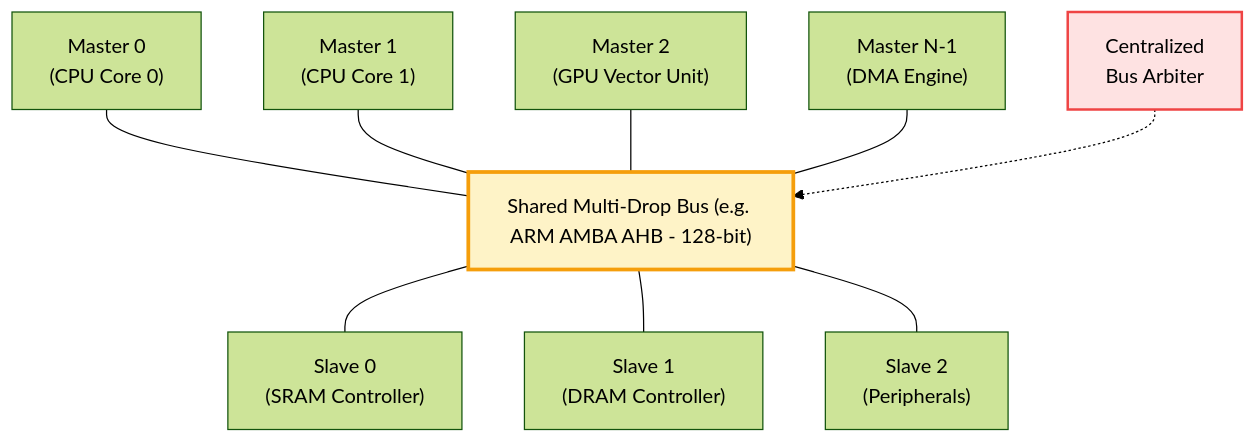
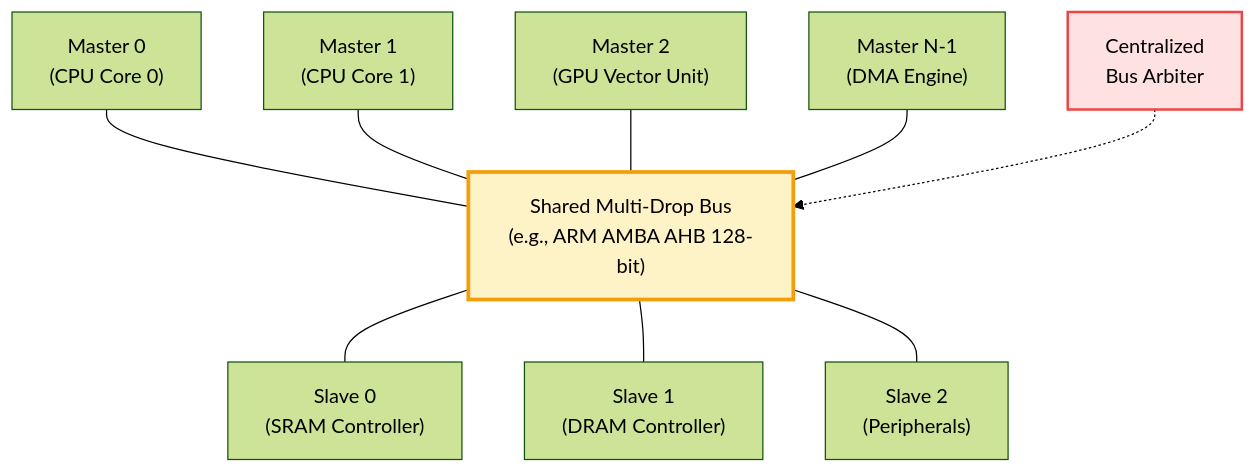
Before and after one commit to network-on-chip/learning: the first of 3 diagrams in docs/textbook/ch01-interconnect-crisis/index.md, drawn with Mermaid (forest theme). The commit also changed other lines of this file and 15 other files, not shown here.

Commit message:
docs: clean repository paths and wrap Mermaid flowchart node labels

````diff
--- a/docs/textbook/ch01-interconnect-crisis/index.md
+++ b/docs/textbook/ch01-interconnect-crisis/index.md
@@ -48,14 +48,14 @@
 ```mermaid
 graph TD
-  Core0["Master 0<br/>(CPU Core 0)"] --- Bus["Shared Multi-Drop Bus (e.g. ARM AMBA AHB - 128-bit)"]
+  Core0["Master 0<br/>(CPU Core 0)"] --- Bus["Shared Multi-Drop Bus<br/>(e.g., ARM AMBA AHB 128-bit)"]
   Core1["Master 1<br/>(CPU Core 1)"] --- Bus
   Core2["Master 2<br/>(GPU Vector Unit)"] --- Bus
   CoreN["Master N-1<br/>(DMA Engine)"] --- Bus
   Arb["Centralized<br/>Bus Arbiter"] -.-> Bus
   Bus --- Mem0["Slave 0<br/>(SRAM Controller)"]
   Bus --- Mem1["Slave 1<br/>(DRAM Controller)"]
   Bus --- Peri["Slave 2<br/>(Peripherals)"]
 
   style Bus fill:#fef3c7,stroke:#f59e0b,stroke-width:3px;
   style Arb fill:#fee2e2,stroke:#ef4444,stroke-width:2px;
 ```
````
